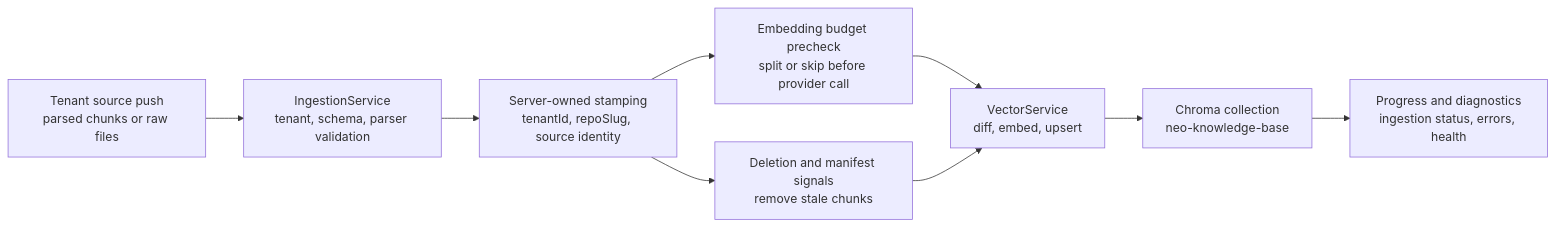
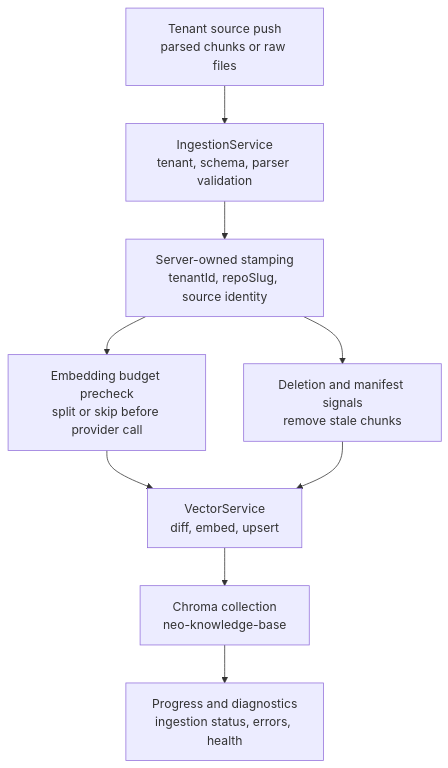
The third of 3 diagrams in learn/agentos/KnowledgeBase.md (neomjs/neo), drawn with Mermaid before and after one commit. The commit also changed other lines of this file, not shown here.

Commit message:
docs(agentos): make KnowledgeBase diagrams vertical (#14319)

````diff
--- a/learn/agentos/KnowledgeBase.md
+++ b/learn/agentos/KnowledgeBase.md
@@ -120,11 +120,11 @@
 ```mermaid
-flowchart LR
+flowchart TD
     T["Tenant source push<br/>parsed chunks or raw files"] --> V["IngestionService<br/>tenant, schema, parser validation"]
     V --> S["Server-owned stamping<br/>tenantId, repoSlug, source identity"]
     S --> X["Deletion and manifest signals<br/>remove stale chunks"]
     S --> B["Embedding budget precheck<br/>split or skip before provider call"]
     B --> U["VectorService<br/>diff, embed, upsert"]
     X --> U
     U --> C["Chroma collection<br/>neo-knowledge-base"]
     C --> R["Progress and diagnostics<br/>ingestion status, errors, health"]
 ```
````
